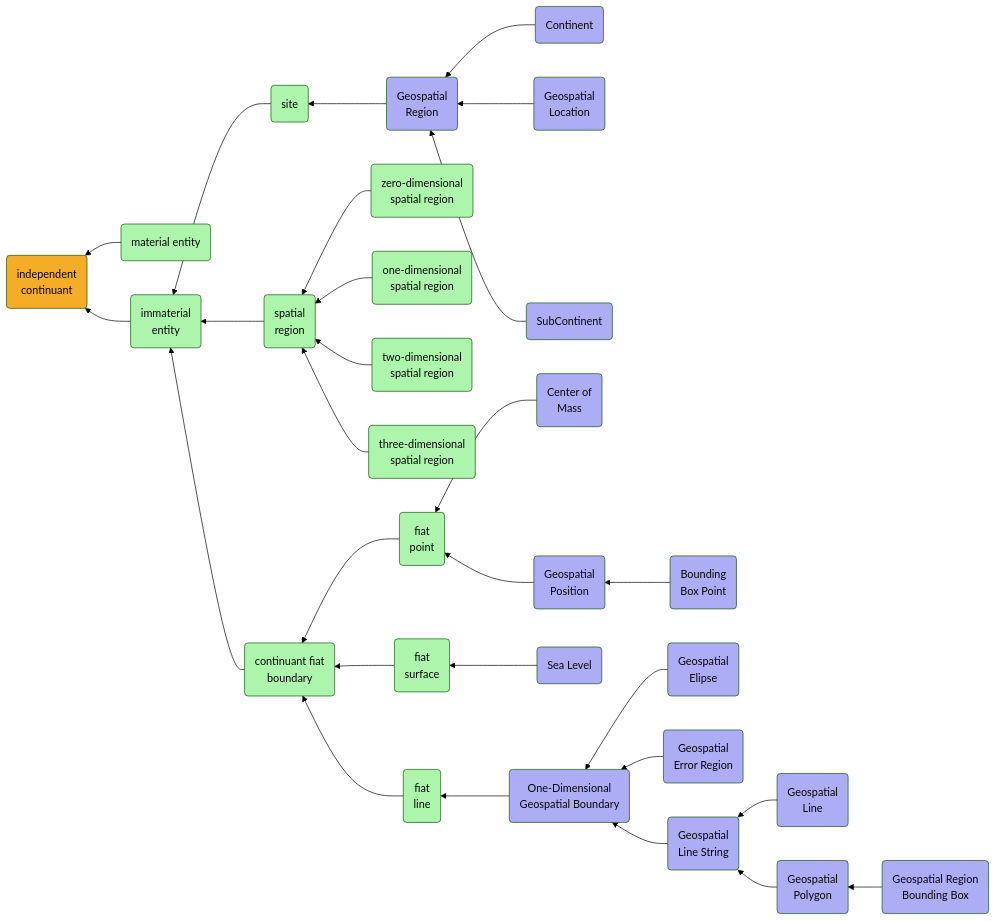
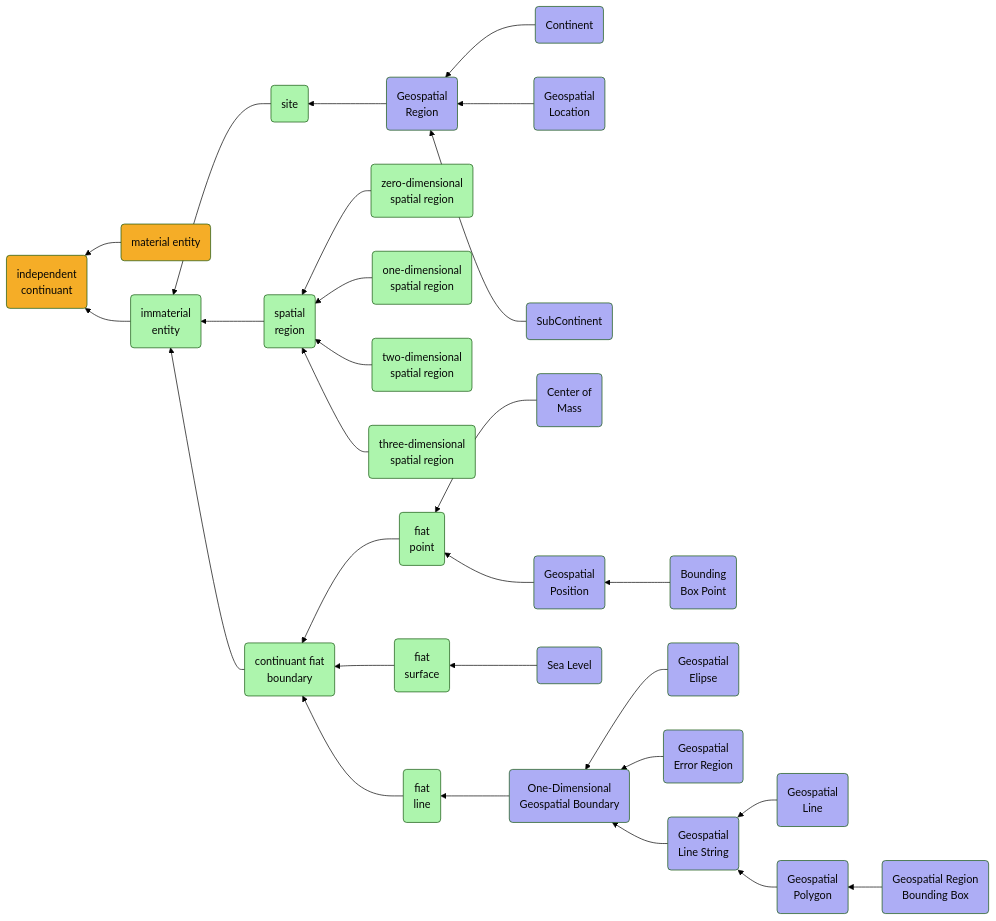
One commit to dr-shorthair/BFO-2020 changed the third of 4 diagrams in README.md. Above: the diagram before and after it, drawn with Mermaid (forest theme).

Commit message:
Fix graph notation in GeospatialOntology module

````diff
--- a/README.md
+++ b/README.md
@@ -112,35 +112,35 @@
 ```mermaid
 graph RL
-	G(material entity):::IC-->F(independent<br> continuant):::BFO
+	G(material entity):::BFO-->F(independent<br> continuant):::BFO
 	H(immaterial<br> entity):::IC-->F(independent<br> continuant):::BFO
 	O(site):::IC-->H(immaterial<br> entity):::IC
 	O1(Geospatial<br>Region):::GS-->O(site):::IC
 	O11(Continent):::GS-->O1(Geospatial<br>Region):::GS
 	O12(Geospatial<br>Location):::GS-->O1(Geospatial<br>Region):::GS
 	O13(SubContinent):::GS-->O1(Geospatial<br>Region):::GS
 	P(spatial<br> region):::IC-->H(immaterial<br> entity):::IC
 	Q(continuant fiat<br> boundary):::IC-->H(immaterial<br> entity):::IC
 	R(fiat<br> point):::IC-->Q(continuant fiat<br> boundary):::IC
 	R1(Center of<br>Mass):::GS-->R(fiat<br> point):::IC
 	R2(Geospatial<br>Position):::GS-->R(fiat<br> point):::IC
 	R21(Bounding<br>Box Point):::GS-->R2(Geospatial<br>Position):::GS
 	S(fiat<br> surface):::IC-->Q(continuant fiat<br> boundary):::IC
 	S1(Sea Level):::GS-->S(fiat<br> surface):::IC
 	T(fiat<br> line):::IC-->Q(continuant fiat<br> boundary):::IC
 	T1(One-Dimensional<br>Geospatial Boundary):::GS-->T(fiat<br> line):::IC
 	T12(Geospatial<br>Elipse):::GS-->T1(One-Dimensional<br>Geospatial Boundary):::GS
 	T13(Geospatial<br>Error Region):::GS-->T1(One-Dimensional<br>Geospatial Boundary):::GS
 	T14(Geospatial<br>Line String):::GS-->T1(One-Dimensional<br>Geospatial Boundary):::GS
 	T141(Geospatial<br>Line):::GS-->T14(Geospatial<br>Line String):::GS
 	T142(Geospatial<br>Polygon):::GS-->T14(Geospatial<br>Line String):::GS
 	T1421(Geospatial Region<br>Bounding Box):::GS-->T142(Geospatial<br>Polygon):::GS
 	VD(zero-dimensional<br> spatial region):::IC-->P(spatial<br> region):::IC
 	U(one-dimensional<br> spatial region):::IC-->P(spatial<br> region):::IC
 	V(two-dimensional<br> spatial region):::IC-->P(spatial<br> region):::IC
 	W(three-dimensional<br> spatial region):::IC-->P(spatial<br> region):::IC
 
     classDef BFO fill:#F5AD27,color:#060606
     classDef IC fill:#ADF5AD,color:#060606
     classDef GS fill:#ADADF5,color:#060606
 
 ```
````
